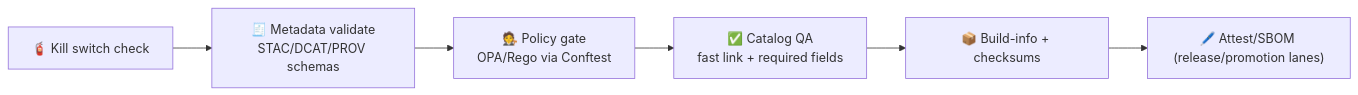
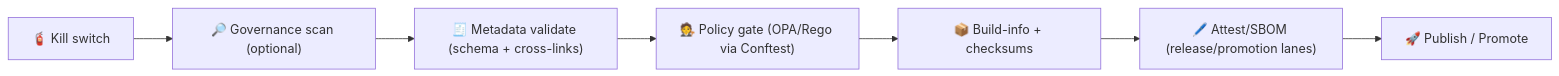
Before and after one commit to bartytime4life/Kansas-Frontier-Matrix: the diagram in .github/actions/policy-gate/README.md, drawn with Mermaid. The commit also changed other lines of this file, not shown here.

First line of the commit message:
Enhance README for policy-gate action

````diff
--- a/.github/actions/policy-gate/README.md
+++ b/.github/actions/policy-gate/README.md
@@ -96,8 +104,9 @@
 ```mermaid
 flowchart LR
-  A["🧯 Kill switch check"] --> B["🧾 Metadata validate<br/>STAC/DCAT/PROV schemas"]
-  B --> C["🧑‍⚖️ Policy gate<br/>OPA/Rego via Conftest"]
-  C --> D["✅ Catalog QA<br/>fast link + required fields"]
-  D --> E["📦 Build-info + checksums"]
-  E --> F["🖊️ Attest/SBOM (release/promotion lanes)"]
+  KS["🧯 Kill switch"] --> GV["🔎 Governance scan (optional)"]
+  GV --> SV["🧾 Metadata validate (schema + cross-links)"]
+  SV --> PG["🧑‍⚖️ Policy gate (OPA/Rego via Conftest)"]
+  PG --> BI["📦 Build-info + checksums"]
+  BI --> AT["🖊️ Attest/SBOM (release/promotion lanes)"]
+  AT --> PUB["🚀 Publish / Promote"]
 ```
````
